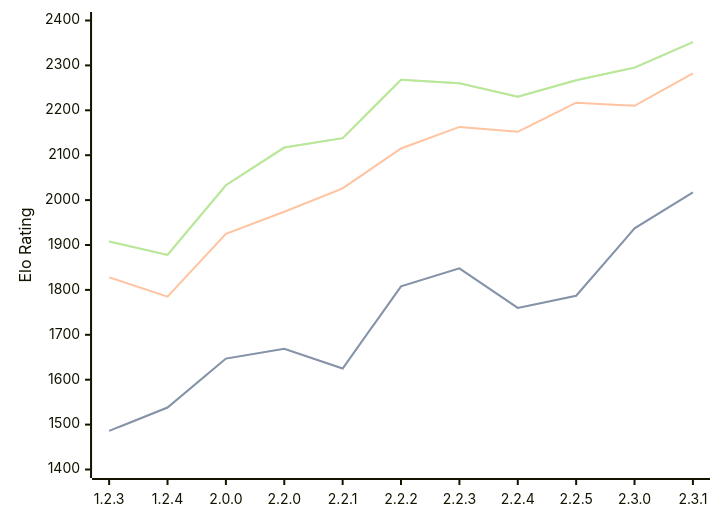
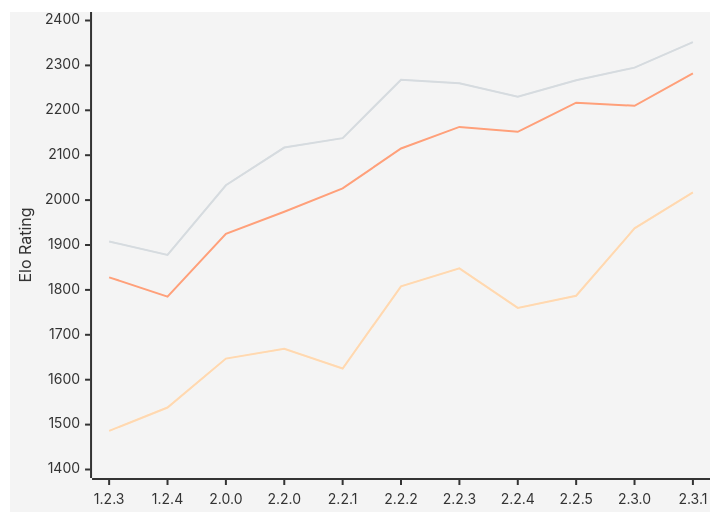
Before and after one commit to computer-chess-index/cci: the first of 2 diagrams in engines/Kreveta.md, drawn with Mermaid. The commit also changed other lines of this file, not shown here.

````diff
--- a/engines/Kreveta.md
+++ b/engines/Kreveta.md
@@ -43,10 +43,11 @@
 ```mermaid
+%%{init: {"theme":"base","themeVariables":{"seriesColors":["#6e6e6e","#f4a261","#2a9d8f"]}}}%%
 xychart-beta
   x-axis ["1.2.3", "1.2.4", "2.0.0", "2.2.0", "2.2.1", "2.2.2", "2.2.3", "2.2.4", "2.2.5", "2.3.0", "2.3.1"]
   y-axis "Elo Rating" 1400 --> 2400
   line "① STC (8.0+0.08s)" [1486, 1538, 1647, 1669, 1625, 1808, 1848, 1760, 1787, 1937, 2017]
   line "① STC (8.0+0.08s)" [1486, 1538, 1647, 1669, 1625, 1808, 1848, 1760, 1787, 1937, 2017]
   line "② LTC (60.0+0.60s)" [1828, 1785, 1925, 1974, 2026, 2115, 2163, 2152, 2217, 2210, 2282]
   line "③ VLTC (2m24s+1.12s)" [1908, 1878, 2033, 2117, 2138, 2268, 2260, 2230, 2267, 2295, 2352]
   line "③ VLTC (2m24s+1.12s)" [1908, 1878, 2033, 2117, 2138, 2268, 2260, 2230, 2267, 2295, 2352]
 ```
````
